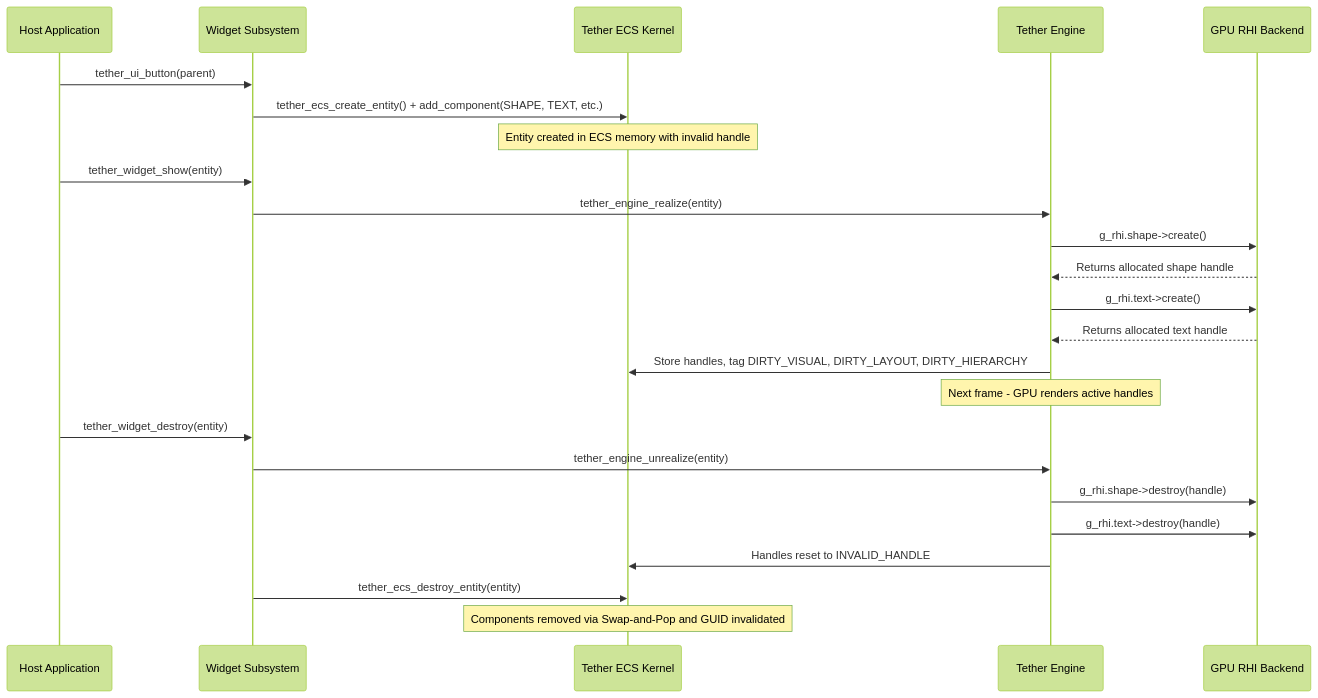
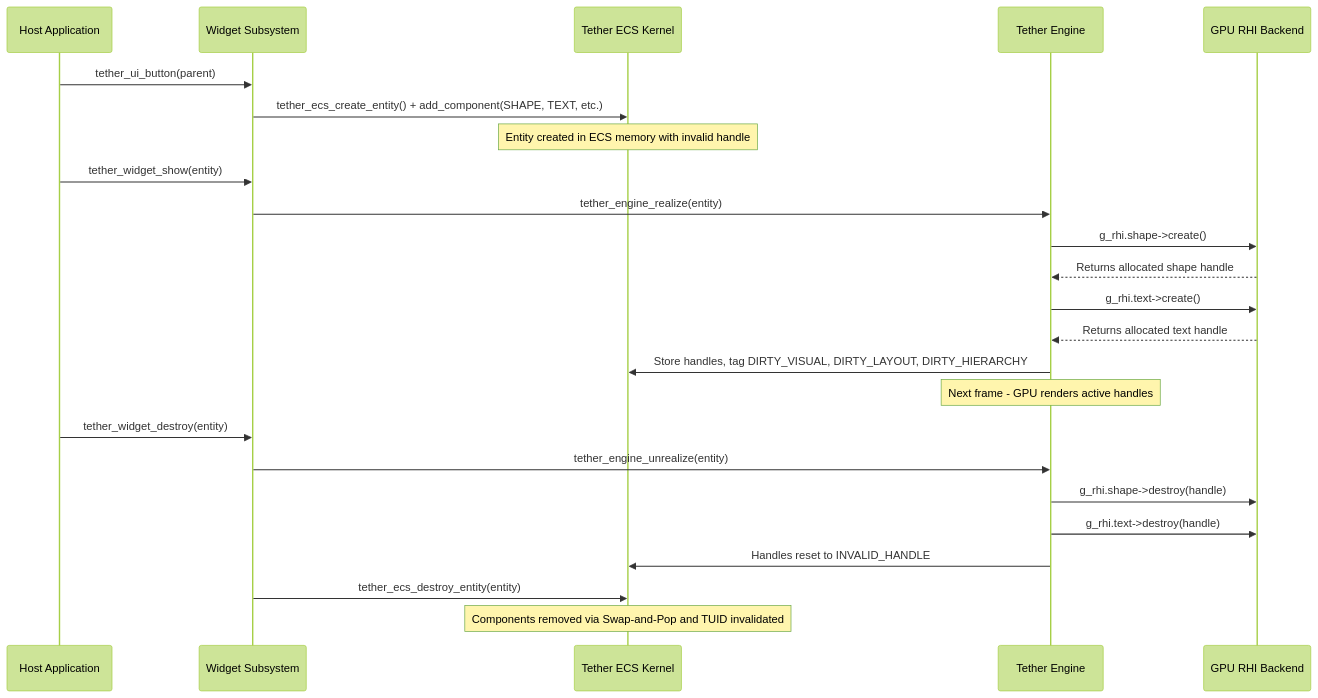
Before and after one commit to Yuvi-GD/Tether: the fourth of 4 diagrams in docs/technical/05_ui_framework_and_widgets.md, drawn with Mermaid (forest theme). The commit also changed other lines of this file and 84 other files, not shown here.

Commit message:
refactor(core): rename Tether_GUID to TUID across codebase and documentation

````diff
--- a/docs/technical/05_ui_framework_and_widgets.md
+++ b/docs/technical/05_ui_framework_and_widgets.md
@@ -516,30 +516,30 @@
 ```mermaid
 sequenceDiagram
     participant App as Host Application
     participant UI as Widget Subsystem
     participant ECS as Tether ECS Kernel
     participant Engine as Tether Engine
     participant RHI as GPU RHI Backend
 
     App->>UI: tether_ui_button(parent)
     UI->>ECS: tether_ecs_create_entity() + add_component(SHAPE, TEXT, etc.)
     Note over ECS: Entity created in ECS memory with invalid handle
 
     App->>UI: tether_widget_show(entity)
     UI->>Engine: tether_engine_realize(entity)
     Engine->>RHI: g_rhi.shape->create()
     RHI-->>Engine: Returns allocated shape handle
     Engine->>RHI: g_rhi.text->create()
     RHI-->>Engine: Returns allocated text handle
     Engine->>ECS: Store handles, tag DIRTY_VISUAL, DIRTY_LAYOUT, DIRTY_HIERARCHY
 
     Note over Engine: Next frame - GPU renders active handles
 
     App->>UI: tether_widget_destroy(entity)
     UI->>Engine: tether_engine_unrealize(entity)
     Engine->>RHI: g_rhi.shape->destroy(handle)
     Engine->>RHI: g_rhi.text->destroy(handle)
     Engine->>ECS: Handles reset to INVALID_HANDLE
     UI->>ECS: tether_ecs_destroy_entity(entity)
-    Note over ECS: Components removed via Swap-and-Pop and GUID invalidated
+    Note over ECS: Components removed via Swap-and-Pop and TUID invalidated
 ```
````
